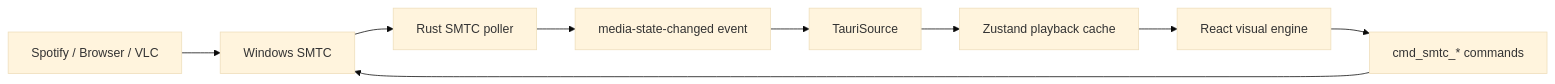
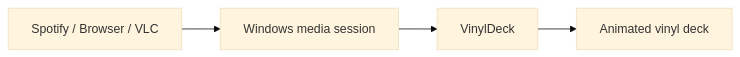
The diagram in README.md (ItsRudraksh/vinyldeck), drawn with Mermaid (base theme) before and after one commit. The commit also changed other lines of this file and 9 other files, not shown here.

````diff
--- a/README.md
+++ b/README.md
@@ -64,11 +41,6 @@
 ```mermaid
 flowchart LR
-  Player["Spotify / Browser / VLC"] --> SMTC["Windows SMTC"]
-  SMTC --> Poller["Rust SMTC poller"]
-  Poller --> Event["media-state-changed event"]
-  Event --> Source["TauriSource"]
-  Source --> Store["Zustand playback cache"]
-  Store --> UI["React visual engine"]
-  UI --> Commands["cmd_smtc_* commands"]
-  Commands --> SMTC
+  Music["Spotify / Browser / VLC"] --> Windows["Windows media session"]
+  Windows --> VinylDeck["VinylDeck"]
+  VinylDeck --> Scene["Animated vinyl deck"]
 ```
````
